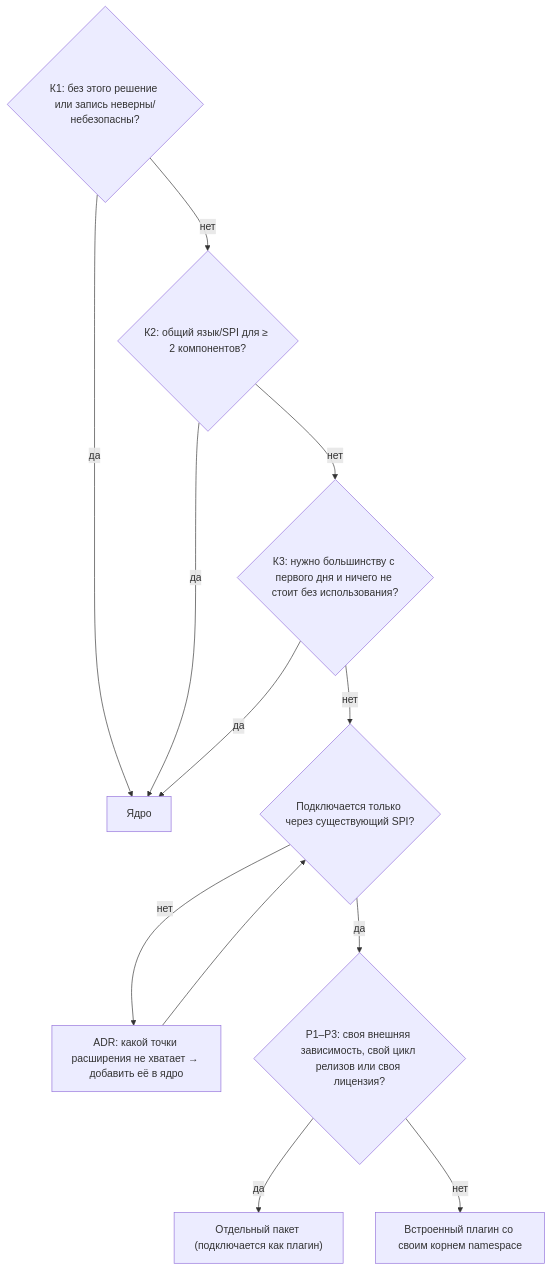
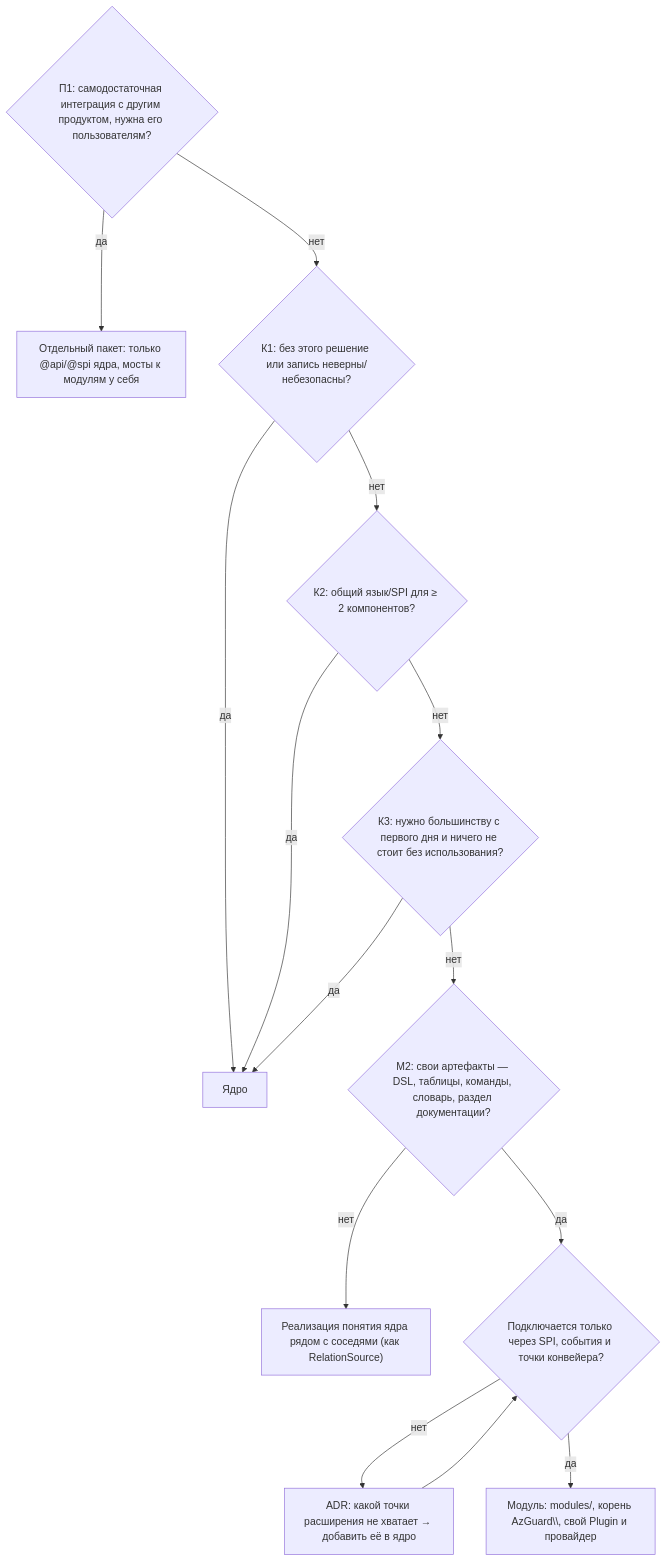
Before and after one commit to axiomasoft/azguard-private: the fourth of 4 diagrams in audits/2026-10-09-architecture-modularization.md, drawn with Mermaid. The commit also changed other lines of this file, not shown here.

````diff
--- a/audits/2026-10-09-architecture-modularization.md
+++ b/audits/2026-10-09-architecture-modularization.md
@@ -694,13 +703,15 @@
 ```mermaid
 flowchart TD
-  K1{"К1: без этого решение или запись неверны/небезопасны?"} -- да --> CORE["Ядро"]
+  P1{"П1: самодостаточная интеграция с другим продуктом, нужна его пользователям?"} -- да --> PKG["Отдельный пакет: только @api/@spi ядра, мосты к модулям у себя"]
+  P1 -- нет --> K1{"К1: без этого решение или запись неверны/небезопасны?"}
+  K1 -- да --> CORE["Ядро"]
   K1 -- нет --> K2{"К2: общий язык/SPI для ≥ 2 компонентов?"}
   K2 -- да --> CORE
   K2 -- нет --> K3{"К3: нужно большинству с первого дня и ничего не стоит без использования?"}
   K3 -- да --> CORE
-  K3 -- нет --> SPI{"Подключается только через существующий SPI?"}
+  K3 -- нет --> M2{"М2: свои артефакты — DSL, таблицы, команды, словарь, раздел документации?"}
+  M2 -- нет --> IMPL["Реализация понятия ядра рядом с соседями (как RelationSource)"]
+  M2 -- да --> SPI{"Подключается только через SPI, события и точки конвейера?"}
   SPI -- нет --> ADR["ADR: какой точки расширения не хватает → добавить её в ядро"] --> SPI
-  SPI -- да --> R{"Р1–Р3: своя внешняя зависимость, свой цикл релизов или своя лицензия?"}
-  R -- да --> PKG["Отдельный пакет (подключается как плагин)"]
-  R -- нет --> PLUG["Встроенный плагин со своим корнем namespace"]
+  SPI -- да --> MOD["Модуль: modules/<name>, корень AzGuard\\<Name>, свой Plugin и провайдер"]
 ```
````
